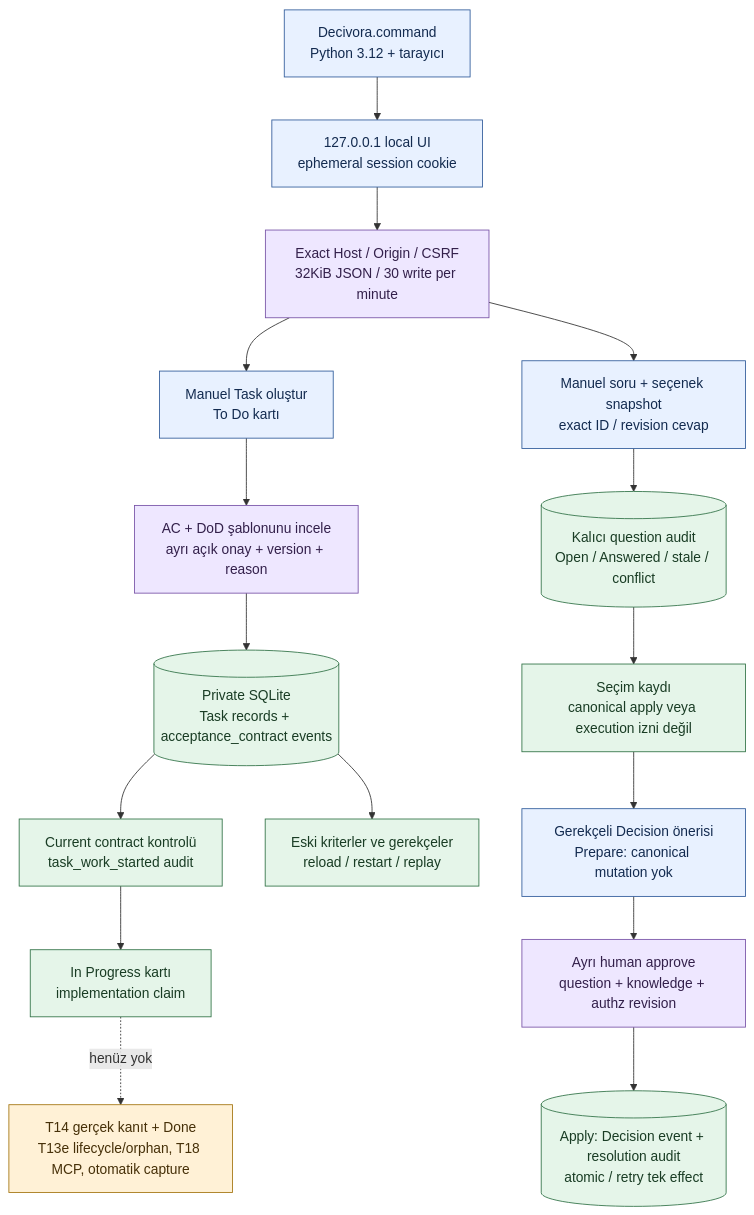
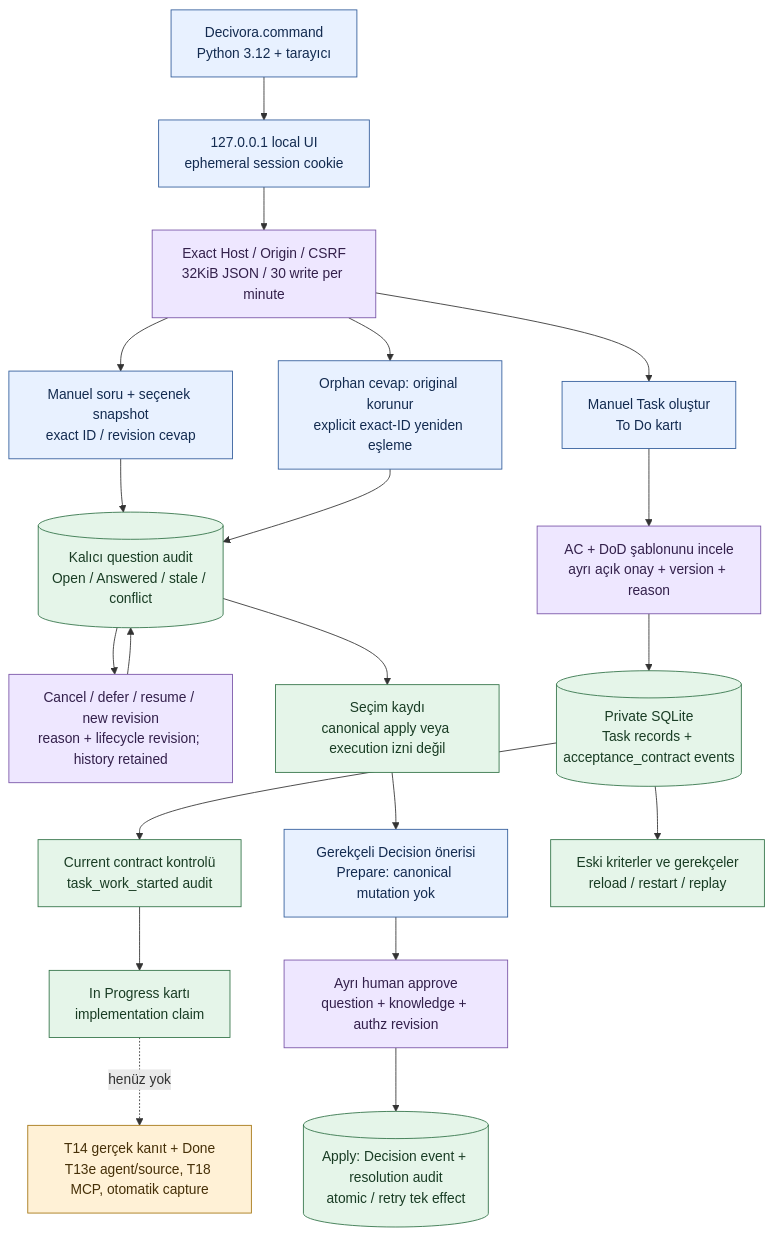
Before and after one commit to alphanAkbulut/decivora: the diagram in docs/architecture/local-preview.md, drawn with Mermaid. The commit also changed other lines of this file and 20 other files, not shown here.

Commit message:
Build durable question lifecycle and explicit late-answer reassociation

````diff
--- a/docs/architecture/local-preview.md
+++ b/docs/architecture/local-preview.md
@@ -5,30 +5,34 @@
 ```mermaid
 flowchart TB
     accTitle: Çalışan yerel program, onaylı AC ve kalıcı kayıt
     accDescr: Launcher yalnız loopback server açar. Ephemeral yerel session ve CSRF kontrolü gerekir. Manuel görev ve AC kalıcı SQLite'a yazılır. In Progress çalışma beyanıdır, Done doğrulama modülü açık olduğu için üretilemez.
     L["Decivora.command<br/>Python 3.12 + tarayıcı"] --> S["127.0.0.1 local UI<br/>ephemeral session cookie"]
     S --> G["Exact Host / Origin / CSRF<br/>32KiB JSON / 30 write per minute"]
     G --> T["Manuel Task oluştur<br/>To Do kartı"]
     G --> Q["Manuel soru + seçenek snapshot<br/>exact ID / revision cevap"]
     Q --> R[("Kalıcı question audit<br/>Open / Answered / stale / conflict")]
+    R --> Z["Cancel / defer / resume / new revision<br/>reason + lifecycle revision; history retained"]
+    Z --> R
+    G --> U["Orphan cevap: original korunur<br/>explicit exact-ID yeniden eşleme"]
+    U --> R
     R --> N["Seçim kaydı<br/>canonical apply veya execution izni değil"]
     N --> P["Gerekçeli Decision önerisi<br/>Prepare: canonical mutation yok"]
     P --> O["Ayrı human approve<br/>question + knowledge + authz revision"]
     O --> C[("Apply: Decision event + resolution audit<br/>atomic / retry tek effect")]
     T --> A["AC + DoD şablonunu incele<br/>ayrı açık onay + version + reason"]
     A --> D[("Private SQLite<br/>Task records + acceptance_contract events")]
     D --> W["Current contract kontrolü<br/>task_work_started audit"]
     W --> B["In Progress kartı<br/>implementation claim"]
     D --> H["Eski kriterler ve gerekçeler<br/>reload / restart / replay"]
-    B -. henüz yok .-> V["T14 gerçek kanıt + Done<br/>T13e lifecycle/orphan, T18 MCP, otomatik capture"]
+    B -. henüz yok .-> V["T14 gerçek kanıt + Done<br/>T13e agent/source, T18 MCP, otomatik capture"]
     classDef launcher fill:#e8f1ff,stroke:#315c9b,color:#132b50;
     classDef guard fill:#eee7ff,stroke:#7853a7,color:#33204b;
     classDef stored fill:#e5f5e9,stroke:#327347,color:#193c24;
     classDef pending fill:#fff1d6,stroke:#a47511,color:#463008;
     class L,S,T launcher;
-    class G,A,O guard;
+    class G,A,O,Z guard;
     class D,W,B,H,R,N stored;
-    class Q,P launcher;
+    class Q,P,U launcher;
     class C stored;
     class V pending;
 ```
````
